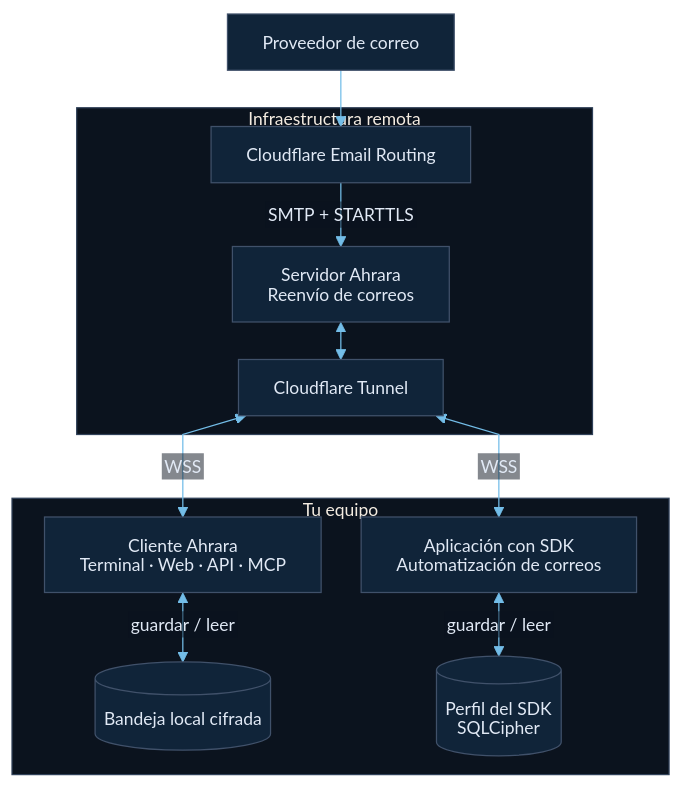
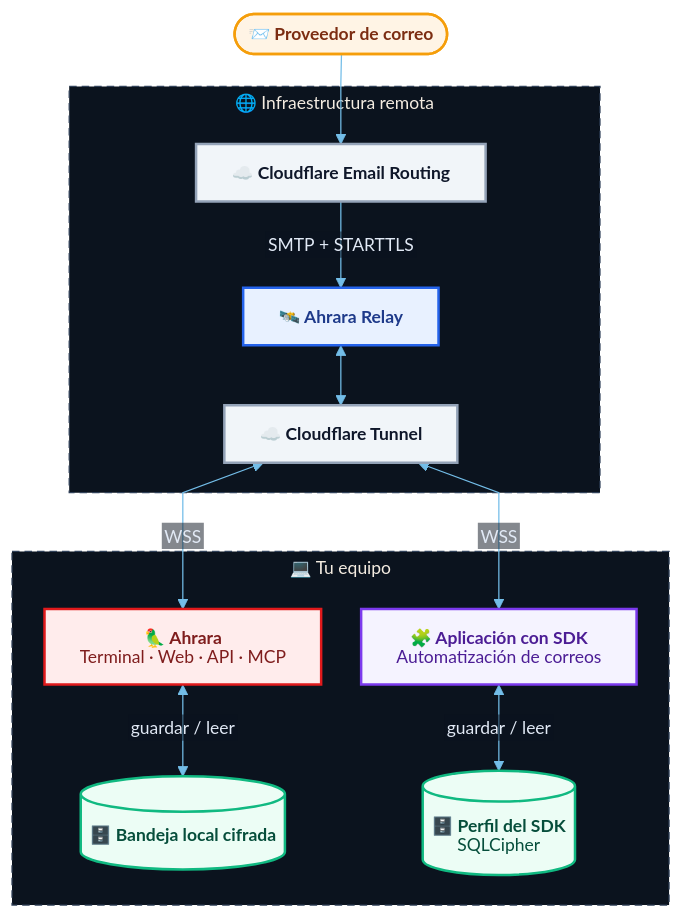
Before and after one commit to Hitmasu/Ahrara: the diagram in src/site/docs/es/architecture.mmd, drawn with Mermaid. The commit also changed 25 other files, not shown here.

First line of the commit message:
docs: draw the delivery flow with icons in the README, site and docs

```diff
--- a/src/site/docs/es/architecture.mmd
+++ b/src/site/docs/es/architecture.mmd
@@ -1,47 +1,68 @@
 ---
 config:
   theme: base
   look: classic
   htmlLabels: false
   fontFamily: Arial, sans-serif
   themeVariables:
     primaryColor: '#102439'
     primaryTextColor: '#e1e9f5'
     primaryBorderColor: '#40516a'
     lineColor: '#73bde8'
     secondaryColor: '#0b131e'
     tertiaryColor: '#0b131e'
     clusterBkg: '#0b131e'
     clusterBorder: '#304159'
     edgeLabelBackground: '#0b131e'
     fontFamily: 'Arial, sans-serif'
     fontSize: '14px'
   flowchart:
+    subGraphTitleMargin:
+      top: 4
+      bottom: 18
     curve: linear
     nodeSpacing: 32
-    rankSpacing: 30
+    rankSpacing: 48
     wrappingWidth: 240
     padding: 14
 ---
 flowchart TB
   accTitle: Arquitectura de entrega de Ahrara
-  accDescr: SMTP entrega los correos al servidor Ahrara. WSS conecta el servidor mediante Cloudflare Tunnel con el cliente Ahrara o la aplicación con SDK. Los mensajes aceptados se guardan en una bandeja cifrada en el equipo del usuario.
-  Provider["Proveedor de correo"]
-  subgraph Remote["Infraestructura remota"]
-    Routing["Cloudflare Email Routing"]
-    Server["Servidor Ahrara<br/>Reenvío de correos"]
-    Tunnel["Cloudflare Tunnel"]
+  accDescr: SMTP entrega los correos al Ahrara Relay. WSS conecta el relay mediante Cloudflare Tunnel con Ahrara o la aplicación con SDK. Los mensajes aceptados se guardan en una bandeja cifrada en el equipo del usuario.
+  Provider(["`📨 **Proveedor de correo**`"])
+  subgraph Remote["🌐 Infraestructura remota"]
+    Routing["`☁️ **Cloudflare Email Routing**`"]
+    Server["`🛰️ **Ahrara Relay**`"]
+    Tunnel["`☁️ **Cloudflare Tunnel**`"]
     Routing -->|SMTP + STARTTLS| Server
     Server <--> Tunnel
   end
-  subgraph Local["Tu equipo"]
-    Client["Cliente Ahrara<br/>Terminal · Web · API · MCP"]
-    SDK["Aplicación con SDK<br/>Automatización de correos"]
-    Inbox[("Bandeja local cifrada")]
-    SDKInbox[("Perfil del SDK<br/>SQLCipher")]
+  subgraph Local["💻 Tu equipo"]
+    Client["`🦜 **Ahrara**
+    Terminal · Web · API · MCP`"]
+    SDK["`🧩 **Aplicación con SDK**
+    Automatización de correos`"]
+    Inbox[("`🗄️ **Bandeja local cifrada**`")]
+    SDKInbox[("`🗄️ **Perfil del SDK**
+    SQLCipher`")]
     Client <-->|guardar / leer| Inbox
     SDK <-->|guardar / leer| SDKInbox
   end
   Provider --> Routing
   Tunnel <-->|WSS| Client
   Tunnel <-->|WSS| SDK
+
+  classDef sender fill:#fff4e5,stroke:#f59e0b,stroke-width:2px,color:#7c2d12
+  classDef cloud fill:#f1f5f9,stroke:#94a3b8,stroke-width:2px,color:#0f172a
+  classDef relay fill:#e8f1ff,stroke:#2563eb,stroke-width:2px,color:#1e3a8a
+  classDef ahrara fill:#ffecec,stroke:#e11a1c,stroke-width:2px,color:#7f1d1d
+  classDef sdk fill:#f5f3ff,stroke:#7c3aed,stroke-width:2px,color:#4c1d95
+  classDef inbox fill:#ecfdf5,stroke:#10b981,stroke-width:2px,color:#064e3b
+  class Provider sender
+  class Routing,Tunnel cloud
+  class Server relay
+  class Client ahrara
+  class SDK sdk
+  class Inbox,SDKInbox inbox
+  style Remote stroke-dasharray:6 4
+  style Local stroke-dasharray:6 4
```
